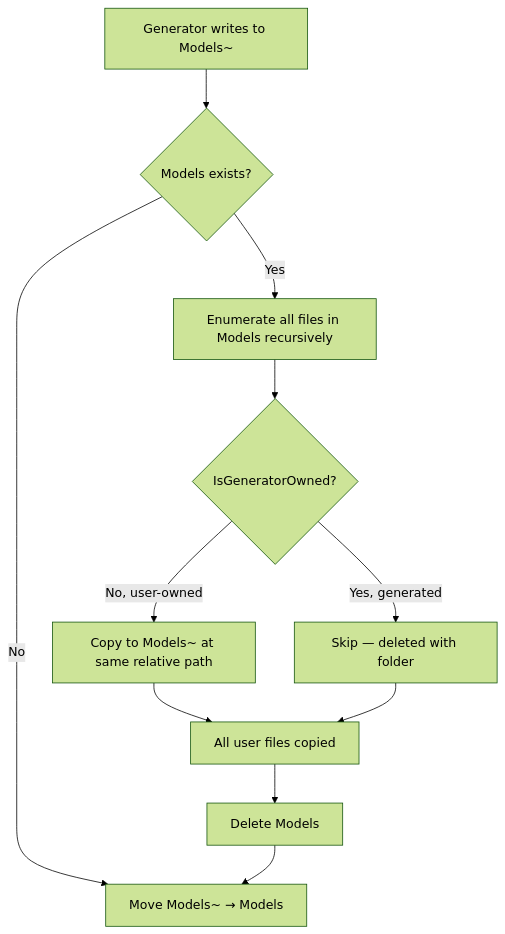
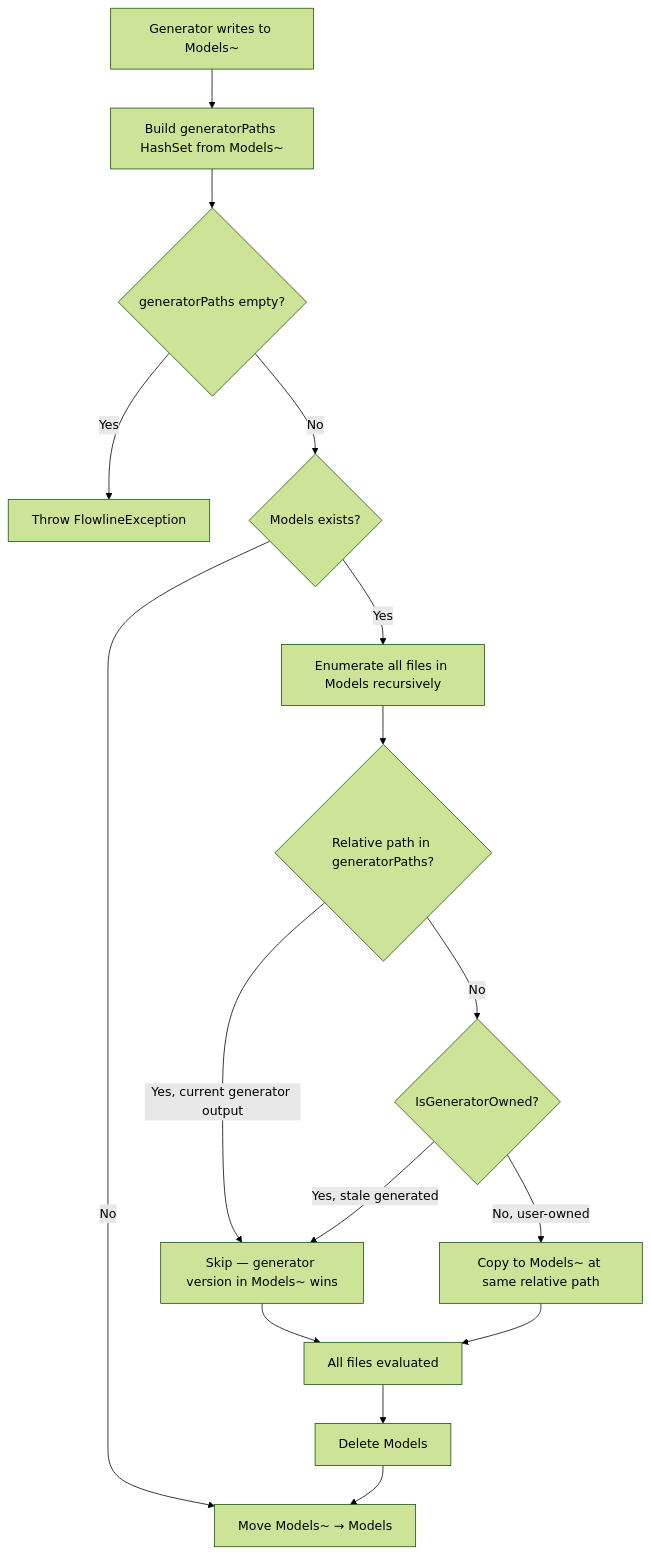
Before and after one commit to RemyDuijkeren/Flowline: the diagram in docs/plans/2026-06-23-001-fix-generate-safe-deletion-plan.md, drawn with Mermaid (forest theme). The commit also changed other lines of this file and 7 other files, not shown here.

````diff
--- a/docs/plans/2026-06-23-001-fix-generate-safe-deletion-plan.md
+++ b/docs/plans/2026-06-23-001-fix-generate-safe-deletion-plan.md
@@ -58,13 +64,18 @@
 ```mermaid
 flowchart TD
-    A[Generator writes to Models~] --> B{Models exists?}
+    A[Generator writes to Models~] --> B0[Build generatorPaths HashSet from Models~]
+    B0 --> B1{generatorPaths empty?}
+    B1 -- Yes --> ERR[Throw FlowlineException]
+    B1 -- No --> B{Models exists?}
     B -- No --> I[Move Models~ → Models]
     B -- Yes --> C[Enumerate all files in Models recursively]
-    C --> D{IsGeneratorOwned?}
-    D -- No, user-owned --> E[Copy to Models~ at same relative path]
-    D -- Yes, generated --> F[Skip — deleted with folder]
-    E --> G[All user files copied]
-    F --> G
-    G --> H[Delete Models]
-    H --> I
+    C --> D{Relative path in generatorPaths?}
+    D -- Yes, current generator output --> F[Skip — generator version in Models~ wins]
+    D -- No --> E{IsGeneratorOwned?}
+    E -- Yes, stale generated --> F
+    E -- No, user-owned --> G[Copy to Models~ at same relative path]
+    F --> H[All files evaluated]
+    G --> H
+    H --> J[Delete Models]
+    J --> I
 ```
````
